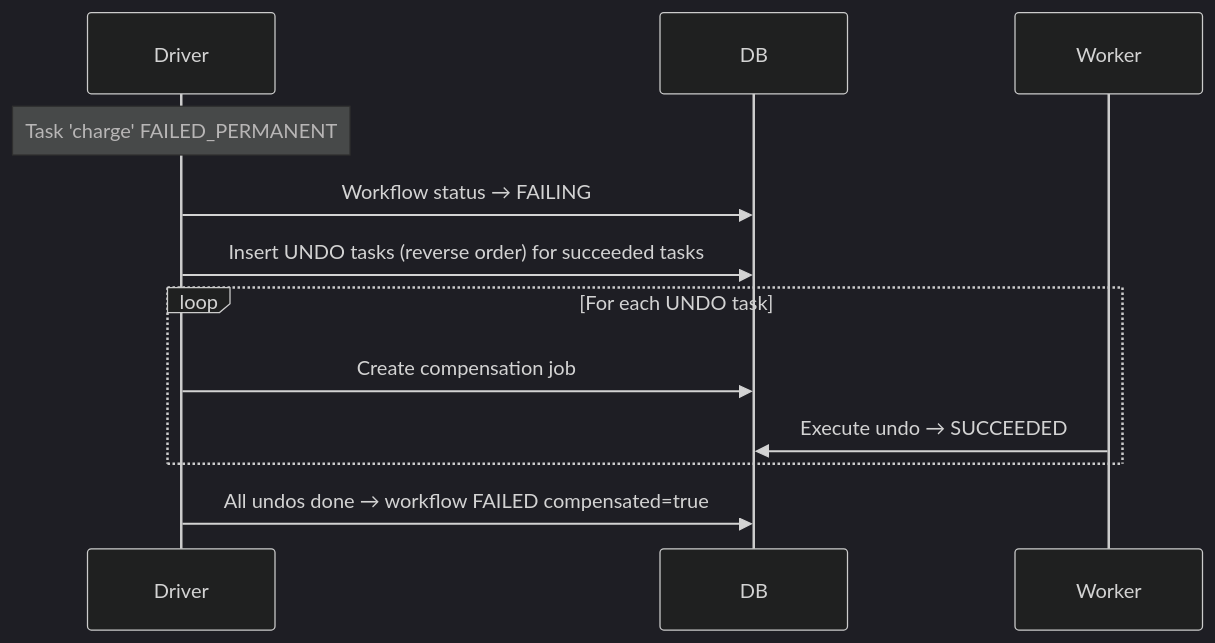
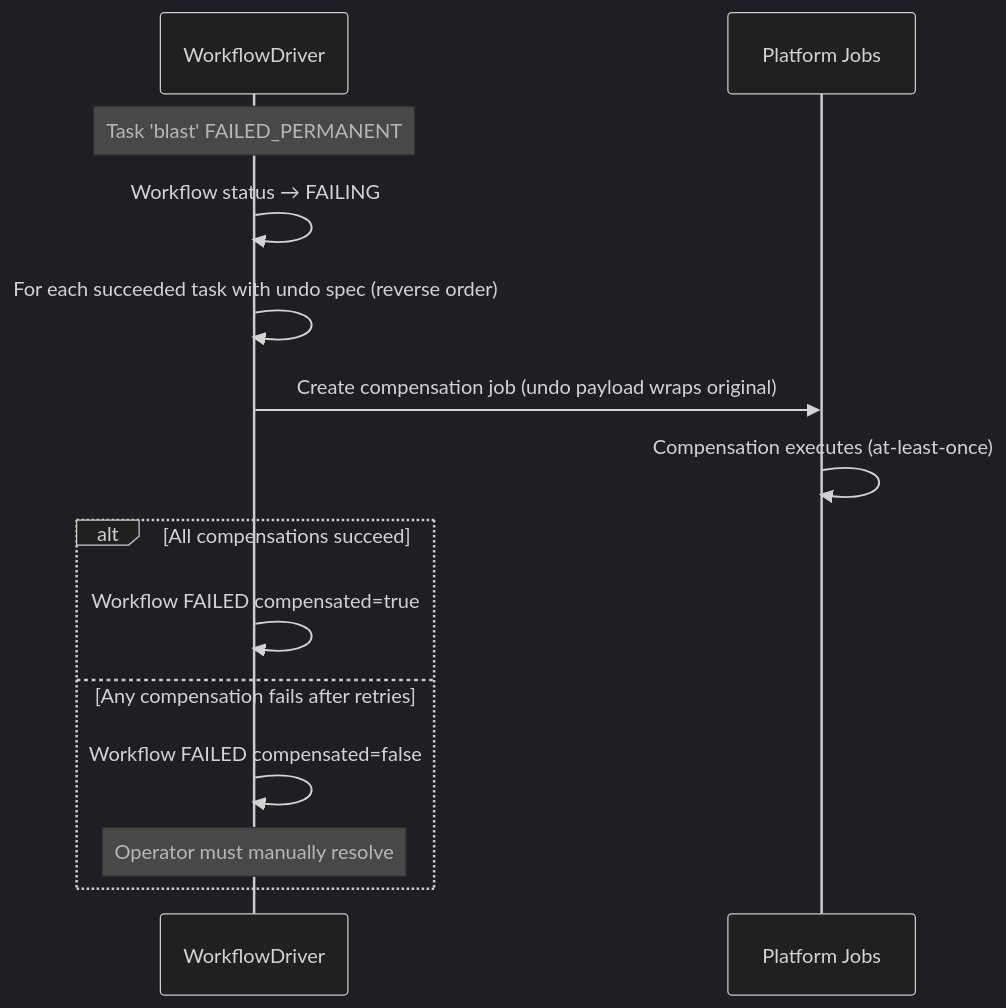
The seventh of 11 diagrams in docs/ARCHITECTURE.md (MaNiSh-9211/Schedula), drawn with Mermaid (dark theme) before and after one commit. The commit also changed other lines of this file, not shown here.

Commit message:
architecture docs: 12 accurate mermaid diagrams verified against source code, added worker lifecycle, health scoring gate, signal/child workflow, retry oracle learning loop, circuit breaker state machine, cascade firewall flow

````diff
--- a/docs/ARCHITECTURE.md
+++ b/docs/ARCHITECTURE.md
@@ -167,14 +236,19 @@
 ```mermaid
 sequenceDiagram
-    participant Driver
-    participant DB
+    participant Driver as WorkflowDriver
+    participant Jobs as Platform Jobs
 
-    Note over Driver: Task 'charge' FAILED_PERMANENT
-    Driver->>DB: Workflow status → FAILING
-    Driver->>DB: Insert UNDO tasks (reverse order) for succeeded tasks
-    loop For each UNDO task
-        Driver->>DB: Create compensation job
-        Worker->>DB: Execute undo → SUCCEEDED
+    Note over Driver: Task 'blast' FAILED_PERMANENT
+
+    Driver->>Driver: Workflow status → FAILING
+    Driver->>Driver: For each succeeded task with undo spec (reverse order)
+    Driver->>Jobs: Create compensation job (undo payload wraps original)
+    Jobs->>Jobs: Compensation executes (at-least-once)
+
+    alt All compensations succeed
+        Driver->>Driver: Workflow FAILED compensated=true
+    else Any compensation fails after retries
+        Driver->>Driver: Workflow FAILED compensated=false
+        Note over Driver: Operator must manually resolve
     end
-    Driver->>DB: All undos done → workflow FAILED compensated=true
 ```
````
